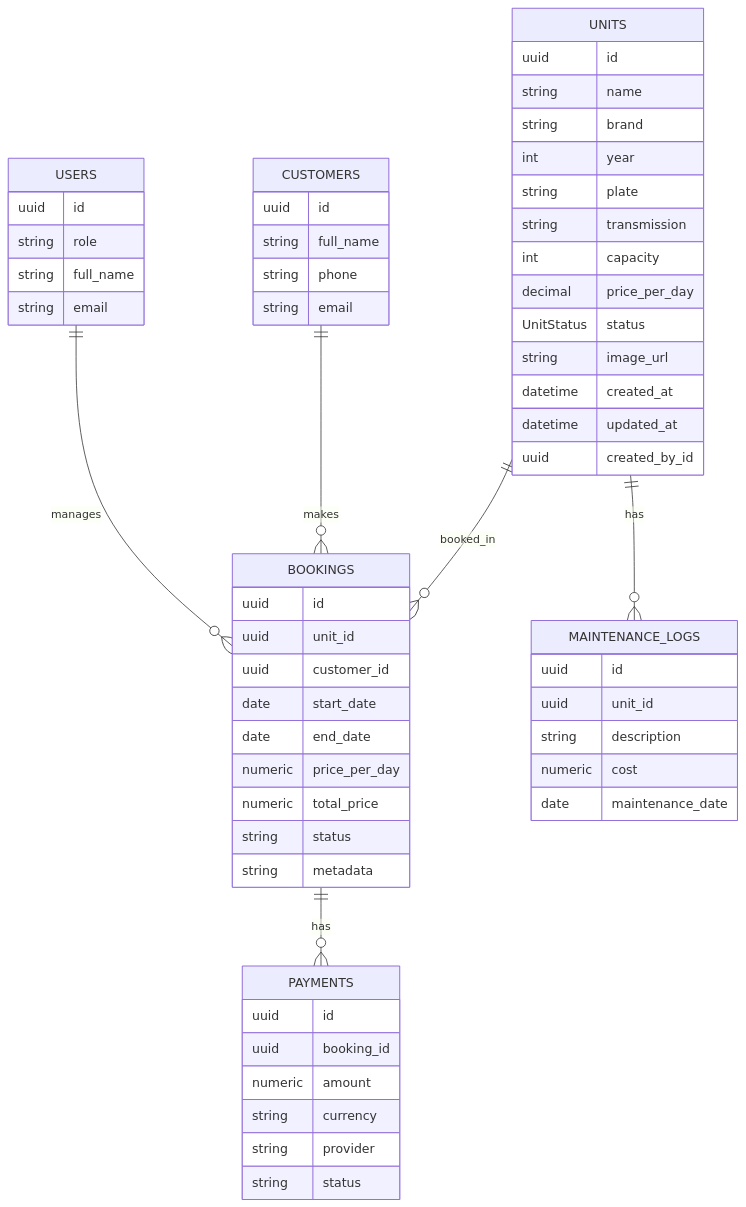
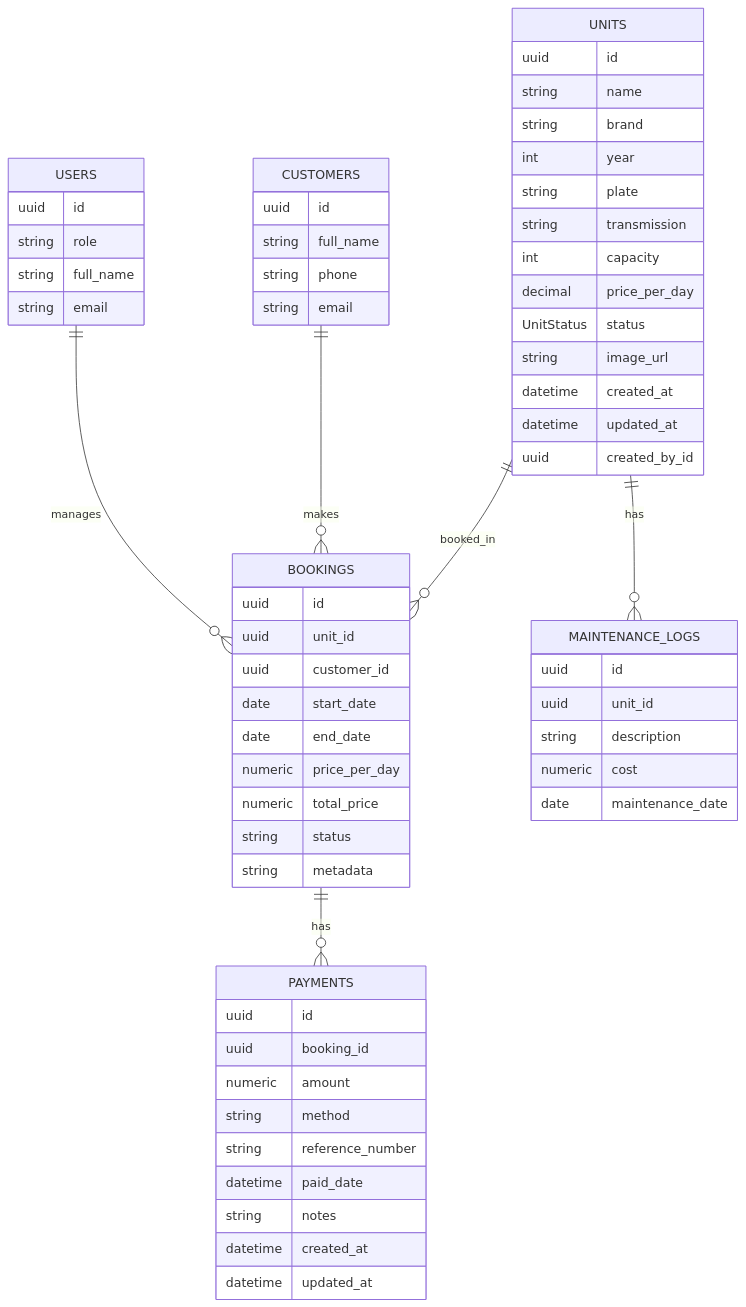
The diagram in DATABASE.md (realSJ30/hub), drawn with Mermaid before and after one commit. The commit also changed other lines of this file and 14 other files, not shown here.

````diff
--- a/DATABASE.md
+++ b/DATABASE.md
@@ -7,70 +7,73 @@
 ```mermaid
 erDiagram
     UNITS ||--o{ BOOKINGS : booked_in
     UNITS ||--o{ MAINTENANCE_LOGS : has
 
     CUSTOMERS ||--o{ BOOKINGS : makes
 
     BOOKINGS ||--o{ PAYMENTS : has
 
     USERS ||--o{ BOOKINGS : manages
 
     USERS {
       uuid id
       string role
       string full_name
       string email
     }
 
     UNITS {
       uuid id
       string name
       string brand
       int year
       string plate
       string transmission
       int capacity
       decimal price_per_day
       UnitStatus status
       string image_url
       datetime created_at
       datetime updated_at
       uuid created_by_id
     }
 
     CUSTOMERS {
       uuid id
       string full_name
       string phone
       string email
     }
 
     BOOKINGS {
       uuid id
       uuid unit_id
       uuid customer_id
       date start_date
       date end_date
       numeric price_per_day
       numeric total_price
       string status
       string metadata
     }
 
     PAYMENTS {
       uuid id
       uuid booking_id
       numeric amount
-      string currency
-      string provider
-      string status
+      string method
+      string reference_number
+      datetime paid_date
+      string notes
+      datetime created_at
+      datetime updated_at
     }
 
     MAINTENANCE_LOGS {
       uuid id
       uuid unit_id
       string description
       numeric cost
       date maintenance_date
     }
 ```
````
